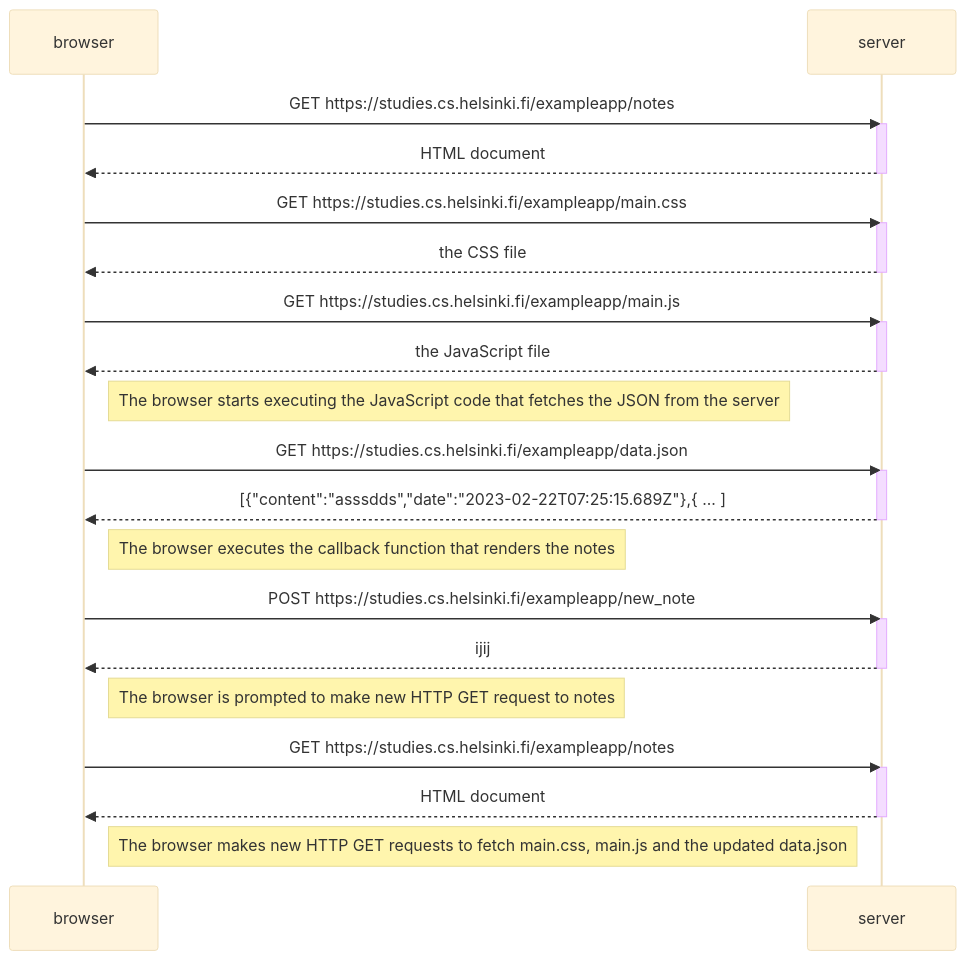
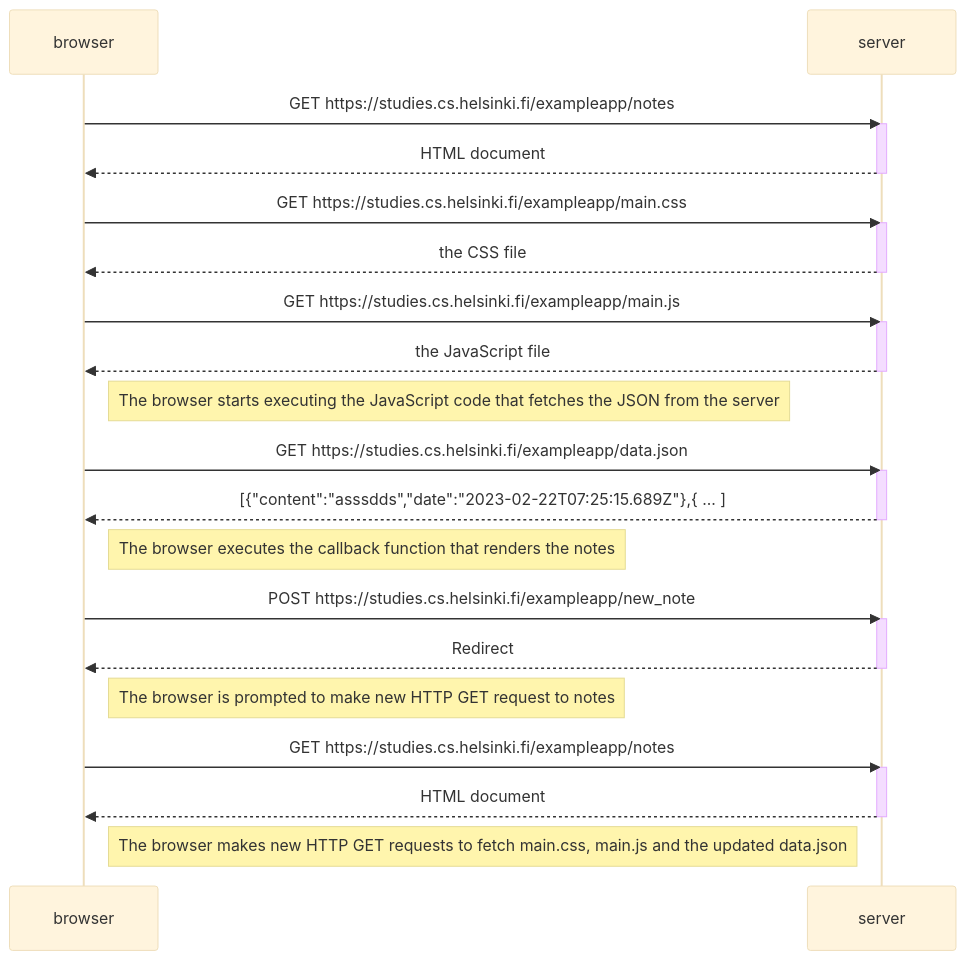
Before and after one commit to anni-parkkila/FullStackOpen: the diagram in osa0/0_4_uusi_muistiinpano.md, drawn with Mermaid (base theme). The commit also changed 1 other file, not shown here.

Commit message:
Update 0.4 and 0.5

````diff
--- a/osa0/0_4_uusi_muistiinpano.md
+++ b/osa0/0_4_uusi_muistiinpano.md
@@ -1,44 +1,44 @@
 ```mermaid
 sequenceDiagram
     participant browser
     participant server
 
     browser->>server: GET https://studies.cs.helsinki.fi/exampleapp/notes
     activate server
     server-->>browser: HTML document
     deactivate server
 
     browser->>server: GET https://studies.cs.helsinki.fi/exampleapp/main.css
     activate server
     server-->>browser: the CSS file
     deactivate server
 
     browser->>server: GET https://studies.cs.helsinki.fi/exampleapp/main.js
     activate server
     server-->>browser: the JavaScript file
     deactivate server
 
     Note right of browser: The browser starts executing the JavaScript code that fetches the JSON from the server
 
     browser->>server: GET https://studies.cs.helsinki.fi/exampleapp/data.json
     activate server
     server-->>browser: [{"content":"asssdds","date":"2023-02-22T07:25:15.689Z"},{ ... ]
     deactivate server
 
     Note right of browser: The browser executes the callback function that renders the notes
 
     browser->>server: POST https://studies.cs.helsinki.fi/exampleapp/new_note
     activate server
-    server-->>browser: ijij
+    server-->>browser: Redirect
     deactivate server
 
     Note right of browser: The browser is prompted to make new HTTP GET request to notes
 
     browser->>server: GET https://studies.cs.helsinki.fi/exampleapp/notes
     activate server
     server-->>browser: HTML document
     deactivate server
 
     Note right of browser: The browser makes new HTTP GET requests to fetch main.css, main.js and the updated data.json
 
 ```
````
